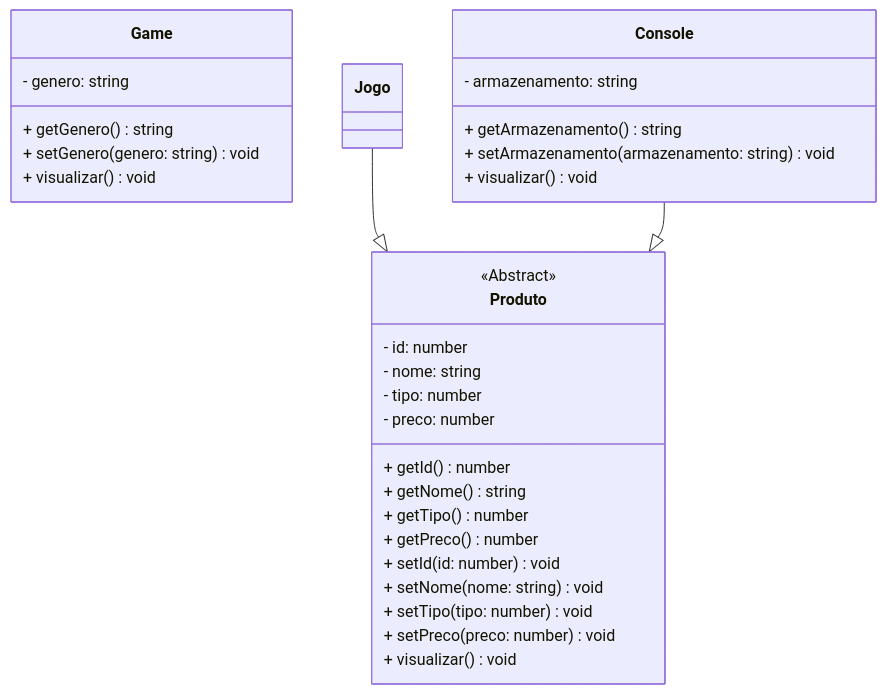
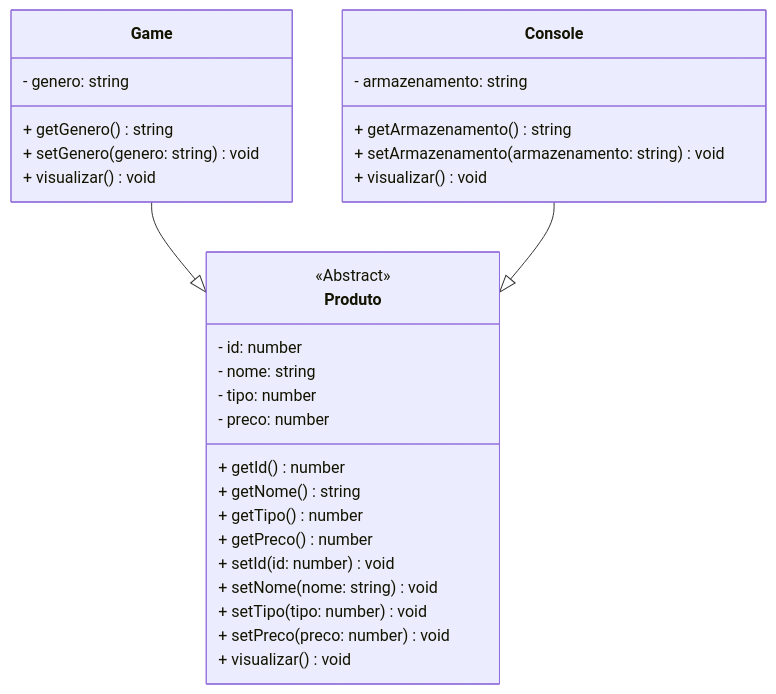
Before and after one commit to erickystn/projeto_final_bloco_01: the diagram in README.md, drawn with Mermaid.

Commit message:
Rename 'Jogo' to 'Game' in README

````diff
--- a/README.md
+++ b/README.md
@@ -96,33 +96,33 @@
 ```mermaid
 classDiagram
     class Produto {
         <<Abstract>>
         - id: number
         - nome: string
         - tipo: number
         - preco: number
         + getId() number
         + getNome() string
         + getTipo() number
         + getPreco() number
         + setId(id: number) void
         + setNome(nome: string) void
         + setTipo(tipo: number) void
         + setPreco(preco: number) void
         + visualizar() void
     }
     class Game {
         - genero: string
         + getGenero() string
         + setGenero(genero: string) void
         + visualizar() void
     }
     class Console {
         - armazenamento: string
         + getArmazenamento() string
         + setArmazenamento(armazenamento: string) void
         + visualizar() void
     }
-    Jogo --|> Produto
+    Game --|> Produto
     Console --|> Produto
 ```
````
